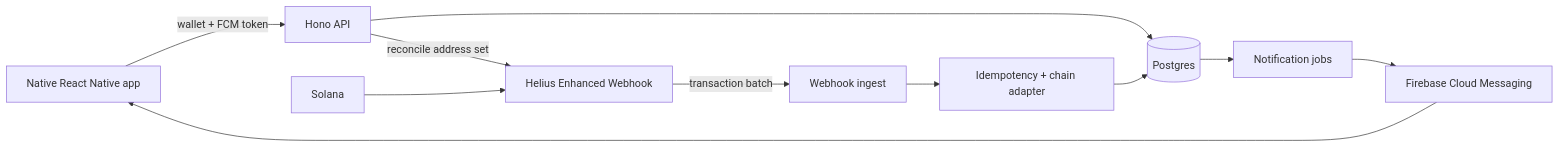
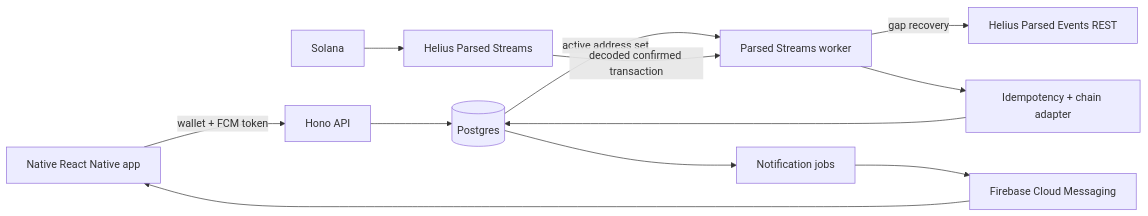
Before and after one commit to heymike777/whoaped: the diagram in docs/architecture.md, drawn with Mermaid. The commit also changed other lines of this file and 18 other files, not shown here.

Commit message:
Migrate Solana ingestion to Helius Parsed Streams

````diff
--- a/docs/architecture.md
+++ b/docs/architecture.md
@@ -13,13 +13,14 @@
 ```mermaid
 flowchart LR
   M["Native React Native app"] -->|"wallet + FCM token"| A["Hono API"]
   A --> P[("Postgres")]
-  A -->|"reconcile address set"| H["Helius Enhanced Webhook"]
-  S["Solana"] --> H
-  H -->|"transaction batch"| W["Webhook ingest"]
+  P -->|"active address set"| W["Parsed Streams worker"]
+  S["Solana"] --> H["Helius Parsed Streams"]
+  H -->|"decoded confirmed transaction"| W
+  W -->|"gap recovery"| R["Helius Parsed Events REST"]
   W --> D["Idempotency + chain adapter"]
   D --> P
   P --> J["Notification jobs"]
   J --> E["Firebase Cloud Messaging"]
   E --> M
 ```
````
